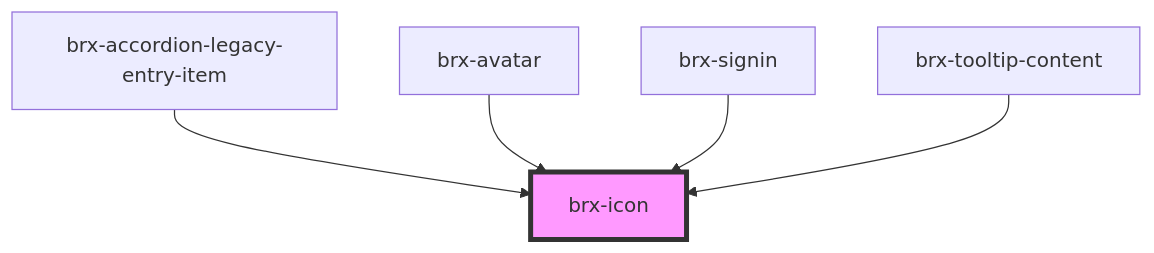
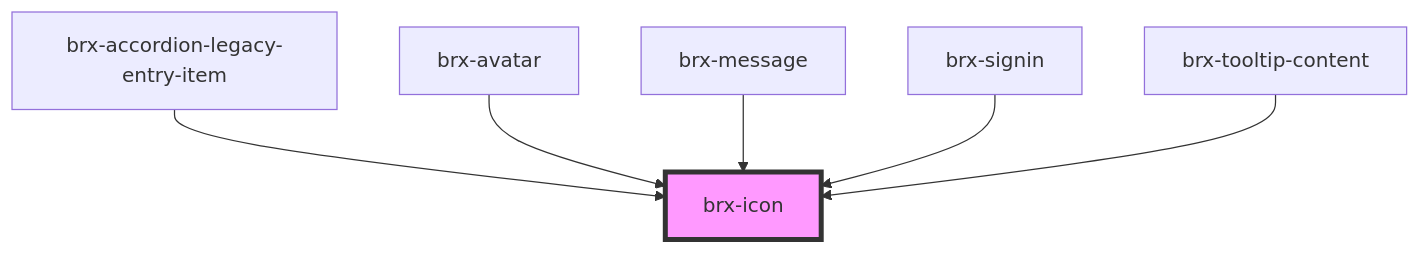
The diagram in packages/core/src/components/brx-icon/readme.md (copperui/copperui), drawn with Mermaid before and after one commit. The commit also changed other lines of this file and 11 other files, not shown here.

First line of the commit message:
feat(core): components: brx-message (#35)

````diff
--- a/packages/core/src/components/brx-icon/readme.md
+++ b/packages/core/src/components/brx-icon/readme.md
@@ -26,8 +28,9 @@
 ```mermaid
 graph TD;
   brx-accordion-legacy-entry-item --> brx-icon
   brx-avatar --> brx-icon
+  brx-message --> brx-icon
   brx-signin --> brx-icon
   brx-tooltip-content --> brx-icon
   style brx-icon fill:#f9f,stroke:#333,stroke-width:4px
 ```
````
